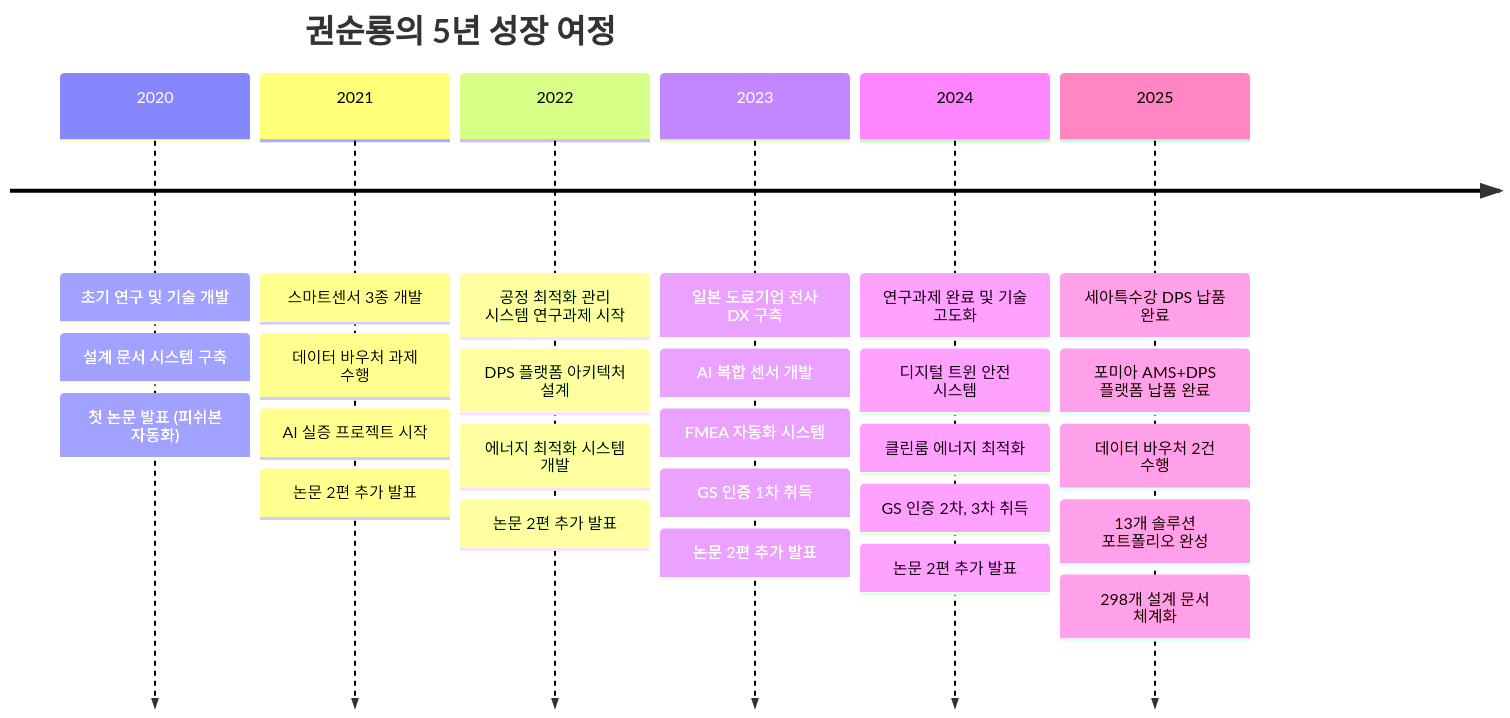
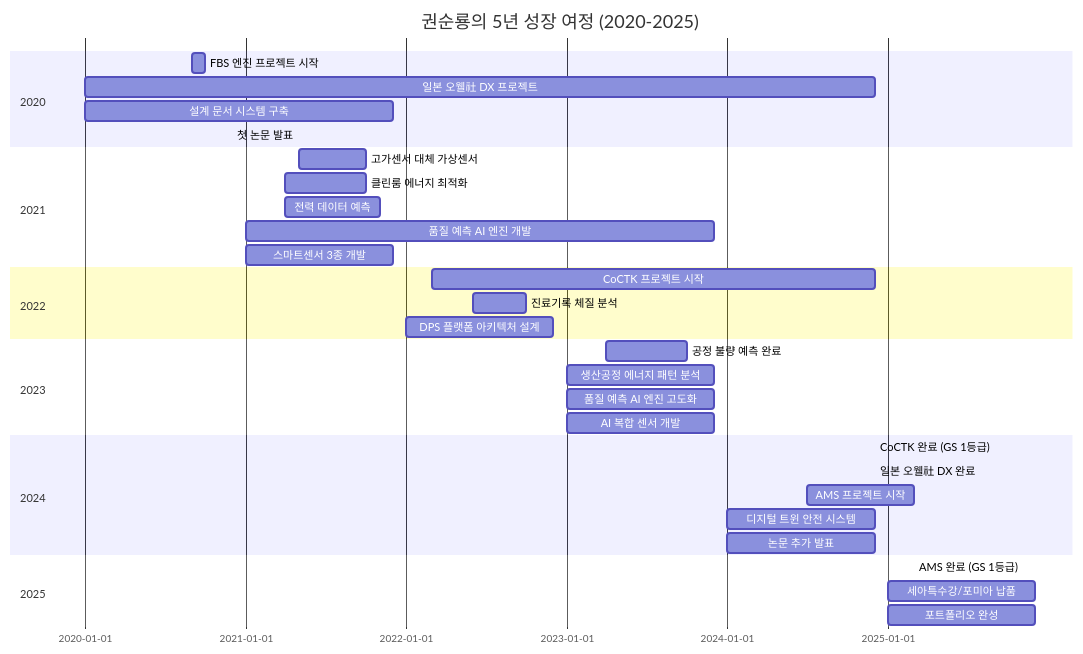
One commit to moobaek/Testing_AI_agents_for_public_use changed the first of 12 diagrams in portfolio/portfolio_docs/Executive_Summary/04_Visual_Portfolio.md. Above: the diagram before and after it, drawn with Mermaid. The commit also changed other lines of this file and 16 other files, not shown here.

First line of the commit message:
포트폴리오 문서 업데이트: GS 인증 정보 수정, Mermaid 다이어그램 옵시디언 호환성 개선, 개인 프로필 추가

````diff
--- a/portfolio/portfolio_docs/Executive_Summary/04_Visual_Portfolio.md
+++ b/portfolio/portfolio_docs/Executive_Summary/04_Visual_Portfolio.md
@@ -10,36 +10,35 @@
 ```mermaid
-timeline
-    title 권순룡의 5년 성장 여정
-    
-    2020 : 초기 연구 및 기술 개발
-         : 설계 문서 시스템 구축
-         : 첫 논문 발표 (피쉬본 자동화)
-    
-    2021 : 스마트센서 3종 개발
-         : 데이터 바우처 과제 수행
-         : AI 실증 프로젝트 시작
-         : 논문 2편 추가 발표
-    
-    2022 : 공정 최적화 관리 시스템 연구과제 시작
-         : DPS 플랫폼 아키텍처 설계
-         : 에너지 최적화 시스템 개발
-         : 논문 2편 추가 발표
-    
-    2023 : 일본 도료기업 전사 DX 구축
-         : AI 복합 센서 개발
-         : FMEA 자동화 시스템
-         : GS 인증 1차 취득
-         : 논문 2편 추가 발표
-    
-    2024 : 연구과제 완료 및 기술 고도화
-         : 디지털 트윈 안전 시스템
-         : 클린룸 에너지 최적화
-         : GS 인증 2차, 3차 취득
-         : 논문 2편 추가 발표
-    
-    2025 : 세아특수강 DPS 납품 완료
-         : 포미아 AMS+DPS 플랫폼 납품 완료
-         : 데이터 바우처 2건 수행
-         : 13개 솔루션 포트폴리오 완성
-         : 298개 설계 문서 체계화
+gantt
+    title 권순룡의 5년 성장 여정 (2020-2025)
+    dateFormat YYYY-MM
+    section 2020
+    FBS 엔진 프로젝트 시작 :2020-09, 2020-10
+    일본 오웰社 DX 프로젝트 :2020-01, 2024-12
+    설계 문서 시스템 구축 :2020-01, 2021-12
+    첫 논문 발표 :2020-12, 2020-12
+    section 2021
+    고가센서 대체 가상센서 :2021-05, 2021-10
+    클린룸 에너지 최적화 :2021-04, 2021-10
+    전력 데이터 예측 :2021-04, 2021-11
+    품질 예측 AI 엔진 개발 :2021-01, 2023-12
+    스마트센서 3종 개발 :2021-01, 2021-12
+    section 2022
+    CoCTK 프로젝트 시작 :2022-03, 2024-12
+    진료기록 체질 분석 :2022-06, 2022-10
+    DPS 플랫폼 아키텍처 설계 :2022-01, 2022-12
+    section 2023
+    공정 불량 예측 완료 :2023-04, 2023-10
+    생산공정 에너지 패턴 분석 :2023-01, 2023-12
+    품질 예측 AI 엔진 고도화 :2023-01, 2023-12
+    AI 복합 센서 개발 :2023-01, 2023-12
+    section 2024
+    CoCTK 완료 (GS 1등급) :2024-12, 2024-12
+    일본 오웰社 DX 완료 :2024-12, 2024-12
+    AMS 프로젝트 시작 :2024-07, 2025-03
+    디지털 트윈 안전 시스템 :2024-01, 2024-12
+    논문 추가 발표 :2024-01, 2024-12
+    section 2025
+    AMS 완료 (GS 1등급) :2025-03, 2025-03
+    세아특수강/포미아 납품 :2025-01, 2025-12
+    포트폴리오 완성 :2025-01, 2025-12
 ```
````
